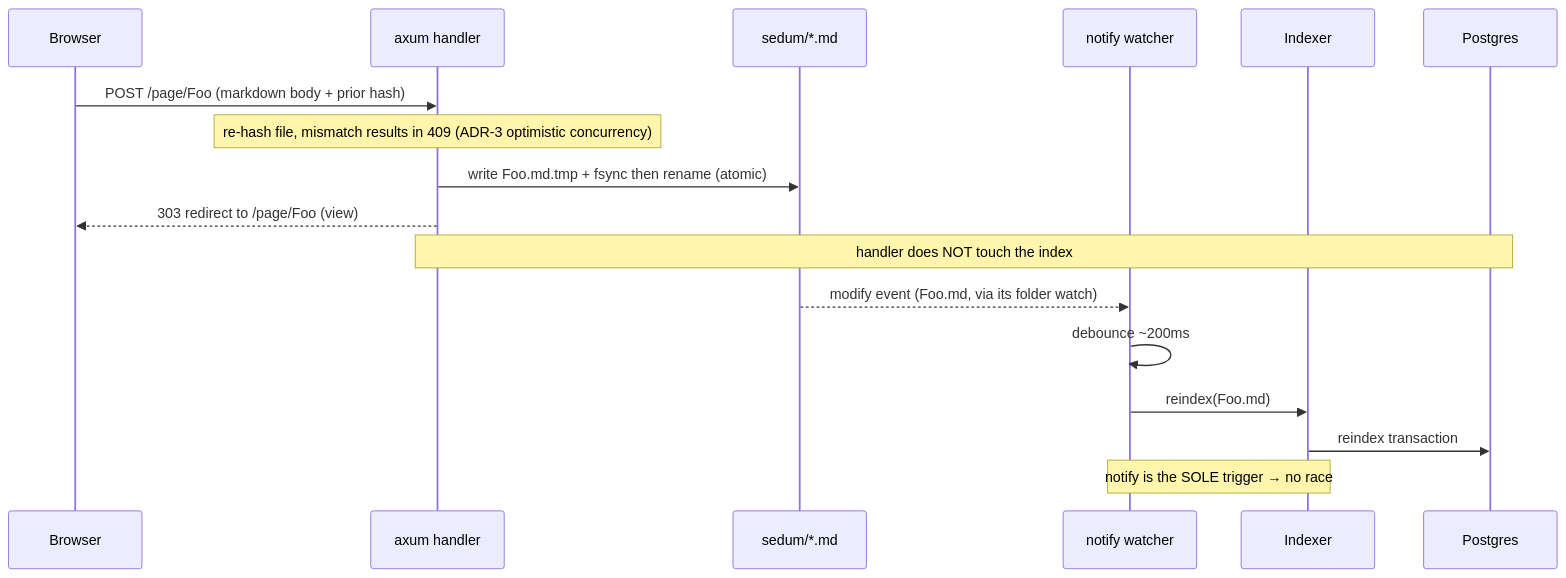
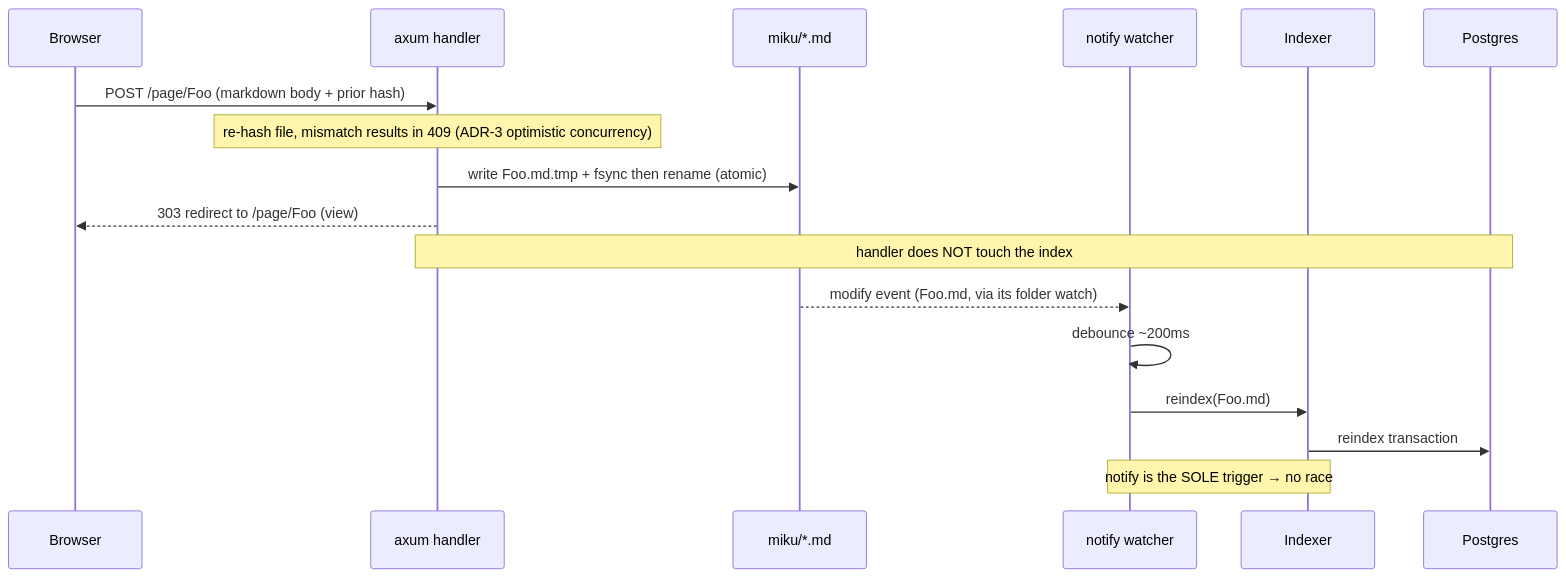
One commit to azusachino/sedum changed the second of 4 diagrams in docs/dataflow_v3.md. Above: the diagram before and after it, drawn with Mermaid. The commit also changed other lines of this file and 27 other files, not shown here.

First line of the commit message:
docs: rebrand sedum -> miku across docs and instructions

````diff
--- a/docs/dataflow_v3.md
+++ b/docs/dataflow_v3.md
@@ -76,20 +76,20 @@
 ```mermaid
 sequenceDiagram
   participant B as Browser
   participant H as axum handler
-  participant FS as sedum/*.md
+  participant FS as miku/*.md
   participant W as notify watcher
   participant I as Indexer
   participant PG as Postgres
 
   B->>H: POST /page/Foo (markdown body + prior hash)
   Note over H: re-hash file, mismatch results in 409 (ADR-3 optimistic concurrency)
   H->>FS: write Foo.md.tmp + fsync then rename (atomic)
   H-->>B: 303 redirect to /page/Foo (view)
   Note over H,PG: handler does NOT touch the index
   FS-->>W: modify event (Foo.md, via its folder watch)
   W->>W: debounce ~200ms
   W->>I: reindex(Foo.md)
   I->>PG: reindex transaction
   Note over W,I: notify is the SOLE trigger → no race
 ```
````
